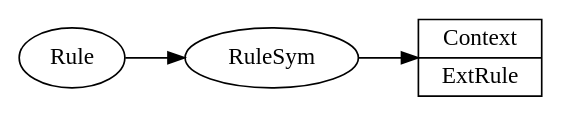
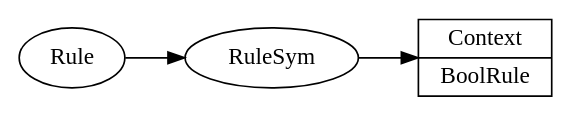
One commit to nrinaudo/dsl-tagless changed the diagram in src/main/graphviz/simplify-4.dot. Above: the diagram before and after it, drawn with Graphviz. The commit also changed 21 other files, not shown here.

Commit message:
Rename ExtRule to BoolRule

```diff
--- a/src/main/graphviz/simplify-4.dot
+++ b/src/main/graphviz/simplify-4.dot
@@ -1,9 +1,9 @@
 digraph {
     rankdir=LR
 
     RuleSym[class="choice,disabled"]
-    out[shape="record" label="Context | ExtRule"]
+    out[shape="record" label="Context | BoolRule"]
     Rule[class="disabled"]
 
     Rule -> RuleSym -> out[class="disabled"]
 }
```
